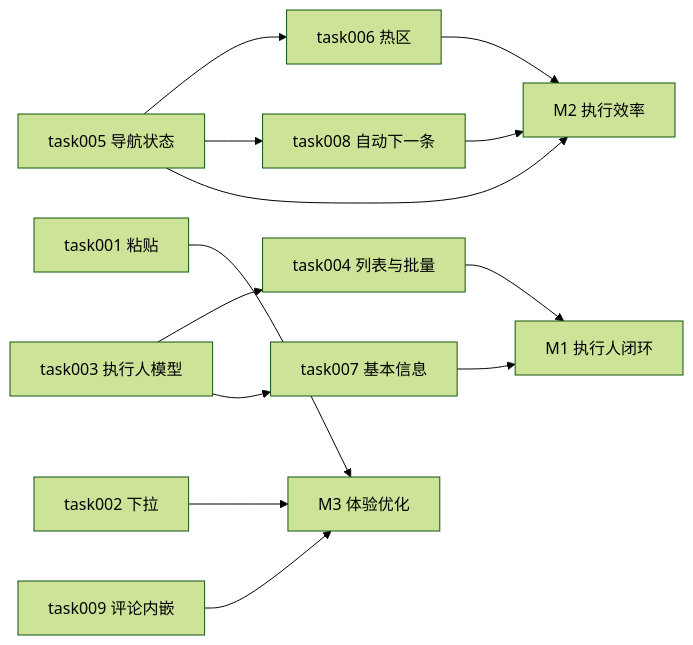
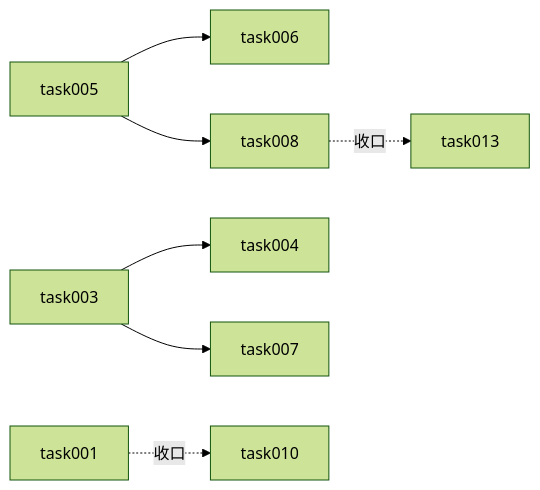
The second of 2 diagrams in docs/task/case_feature_optimize/task000-实施总览与依赖关系.md (chenqifen-miduo/metersphere), drawn with Mermaid (forest theme) before and after one commit. The commit also changed other lines of this file and 21 other files, not shown here.

````diff
--- a/docs/task/case_feature_optimize/task000-实施总览与依赖关系.md
+++ b/docs/task/case_feature_optimize/task000-实施总览与依赖关系.md
@@ -47,15 +89,9 @@
 ```mermaid
 flowchart LR
-    T005[task005 导航状态] --> T006[task006 热区]
-    T003[task003 执行人模型] --> T004[task004 列表与批量]
-    T003 --> T007[task007 基本信息]
-    T005 --> T008[task008 自动下一条]
-    T004 --> M1[M1 执行人闭环]
-    T007 --> M1
-    T008 --> M2[M2 执行效率]
-    T005 --> M2
-    T006 --> M2
-    T001[task001 粘贴] --> M3[M3 体验优化]
-    T002[task002 下拉] --> M3
-    T009[task009 评论内嵌] --> M3
+  T005[task005] --> T006[task006]
+  T003[task003] --> T004[task004]
+  T003 --> T007[task007]
+  T005 --> T008[task008]
+  T008 -.->|收口| T013[task013]
+  T001[task001] -.->|收口| T010[task010]
 ```
````
